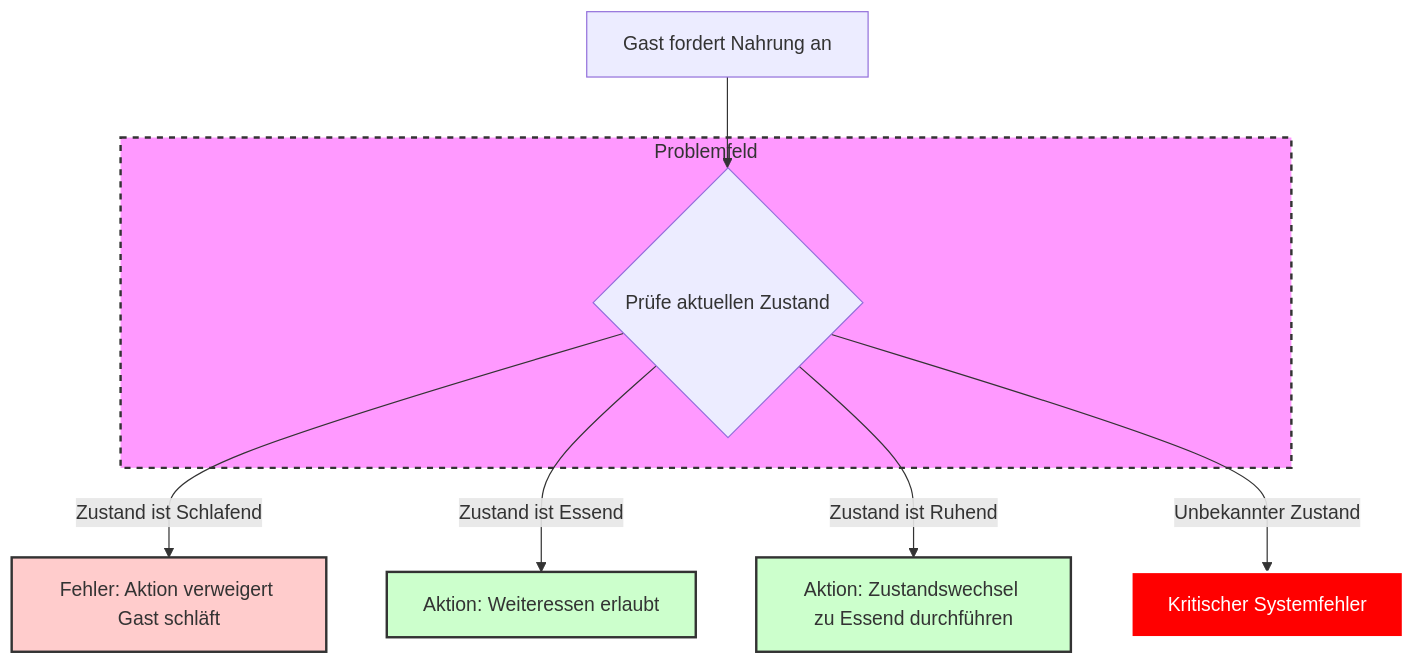
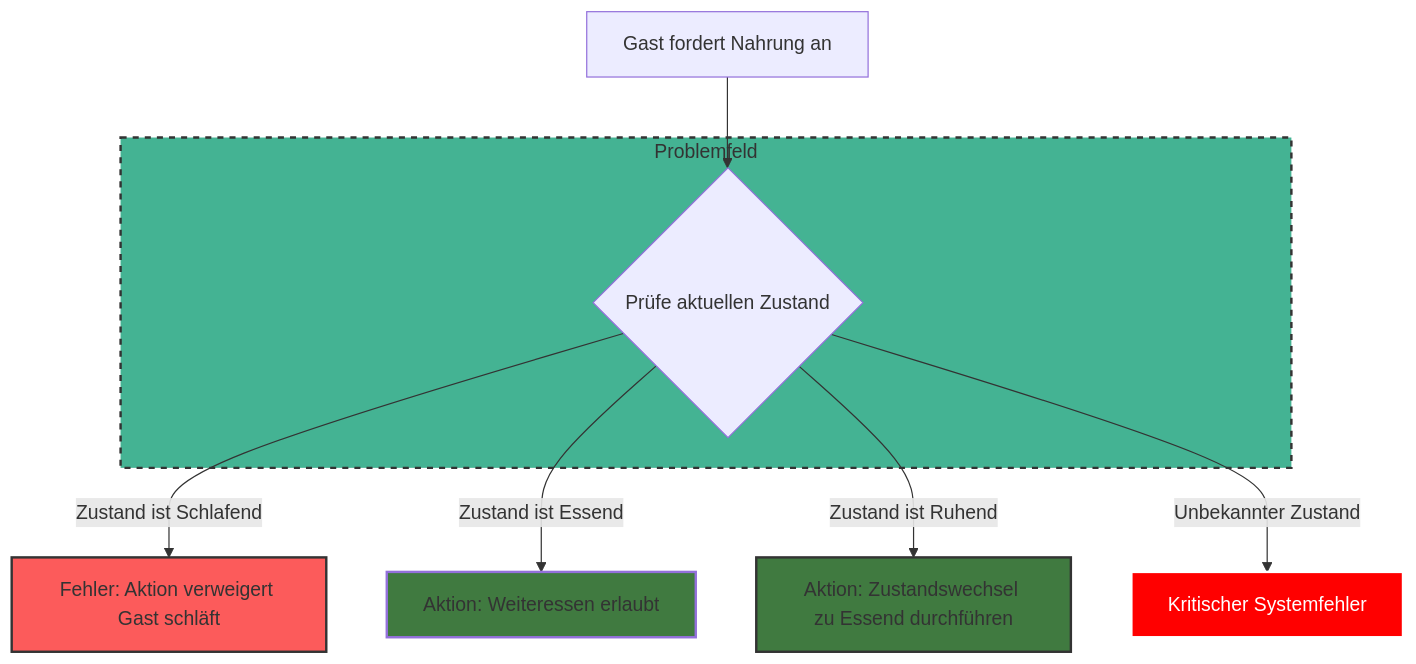
One commit to sebastianbichler/IU_2026_EF_LE_BER_VC_Python changed the first of 3 diagrams in src/student_projects/g09/docs/[Konzeption] Anforderungen.md. Above: the diagram before and after it, drawn with Mermaid. The commit also changed other lines of this file, not shown here.

````diff
--- a/src/student_projects/g09/docs/[Konzeption] Anforderungen.md
+++ b/src/student_projects/g09/docs/[Konzeption] Anforderungen.md
@@ -33,21 +33,21 @@
 ```mermaid
 flowchart TD
     Start["Gast fordert Nahrung an"] --> CheckState{"Prüfe aktuellen Zustand"}
     
     CheckState -- "Zustand ist Schlafend" --> Error1["Fehler: Aktion verweigert Gast schläft"]
-    style Error1 fill:#ffcccc,stroke:#333,stroke-width:2px
+    style Error1 fill:#fc5b5b,stroke:#333,stroke-width:2px
     
     CheckState -- "Zustand ist Essend" --> Action1["Aktion: Weiteressen erlaubt"]
-    style Action1 fill:#ccffcc,stroke:#333,stroke-width:2px
+    style Action1 fill:#407a40,stroke,stroke-width:2px
 
     CheckState -- "Zustand ist Ruhend" --> Action2["Aktion: Zustandswechsel zu Essend durchführen"]
-    style Action2 fill:#ccffcc,stroke:#333,stroke-width:2px
+    style Action2 fill:#407a40,stroke:#333,stroke-width:2px
     
     CheckState -- "Unbekannter Zustand" --> Error2["Kritischer Systemfehler"]
     style Error2 fill:#ff0000,stroke:#fff,stroke-width:2px,color:#fff
 
     subgraph Problemfeld
     CheckState
     end
-    style Problemfeld fill:#f9f,stroke:#333,stroke-width:2px,stroke-dasharray: 5 5
+    style Problemfeld fill:#44b393,stroke:#333,stroke-width:2px,stroke-dasharray: 5 5
 ```
````
